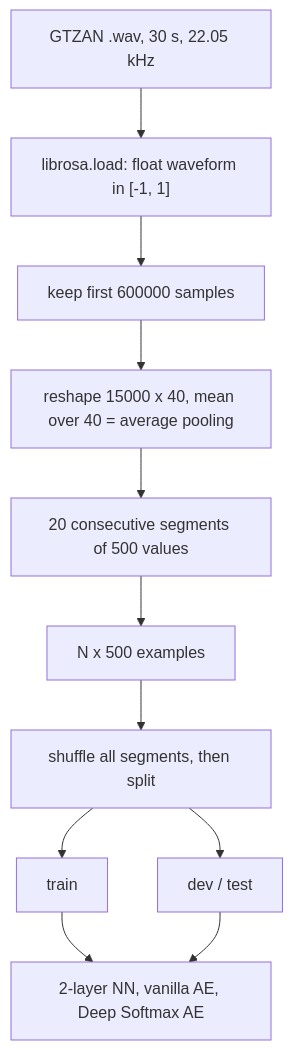
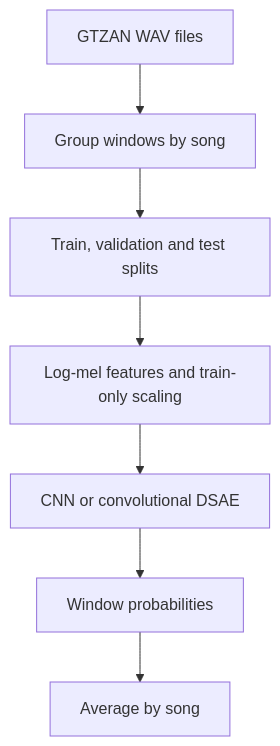
The diagram in README.md (abdulmuheethk-1026/Latent-Feature-Extraction-for-Musical-Genres), drawn with Mermaid before and after one commit. The commit also changed other lines of this file and 8 other files, not shown here.

````diff
--- a/README.md
+++ b/README.md
@@ -107,13 +9,9 @@
 ```mermaid
 flowchart TD
-    A["GTZAN .wav, 30 s, 22.05 kHz"] --> B["librosa.load: float waveform in [-1, 1]"]
-    B --> C["keep first 600000 samples"]
-    C --> D["reshape 15000 x 40, mean over 40 = average pooling"]
-    D --> E["20 consecutive segments of 500 values"]
-    E --> F["N x 500 examples"]
-    F --> G["shuffle all segments, then split"]
-    G --> H["train"]
-    G --> I["dev / test"]
-    H --> M["2-layer NN, vanilla AE, Deep Softmax AE"]
-    I --> M
+    A["GTZAN WAV files"] --> B["Group windows by song"]
+    B --> C["Train, validation and test splits"]
+    C --> D["Log-mel features and train-only scaling"]
+    D --> E["CNN or convolutional DSAE"]
+    E --> F["Window probabilities"]
+    F --> G["Average by song"]
 ```
````
